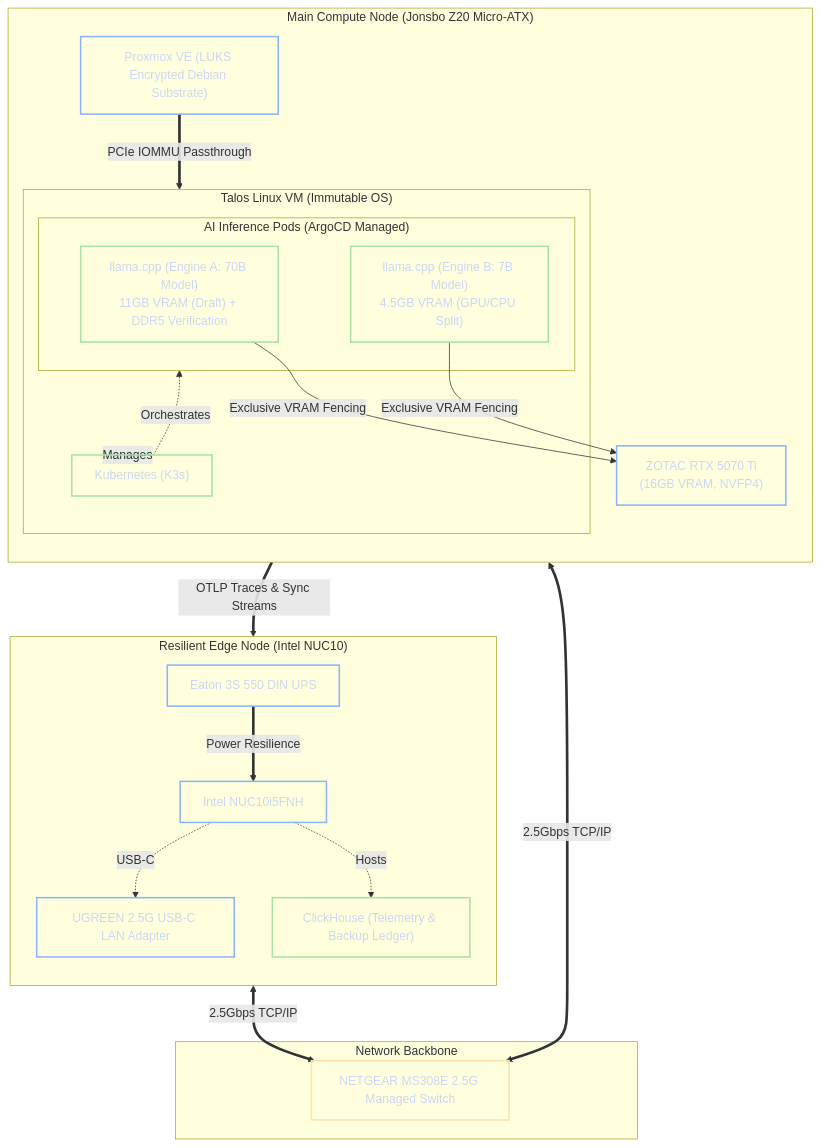
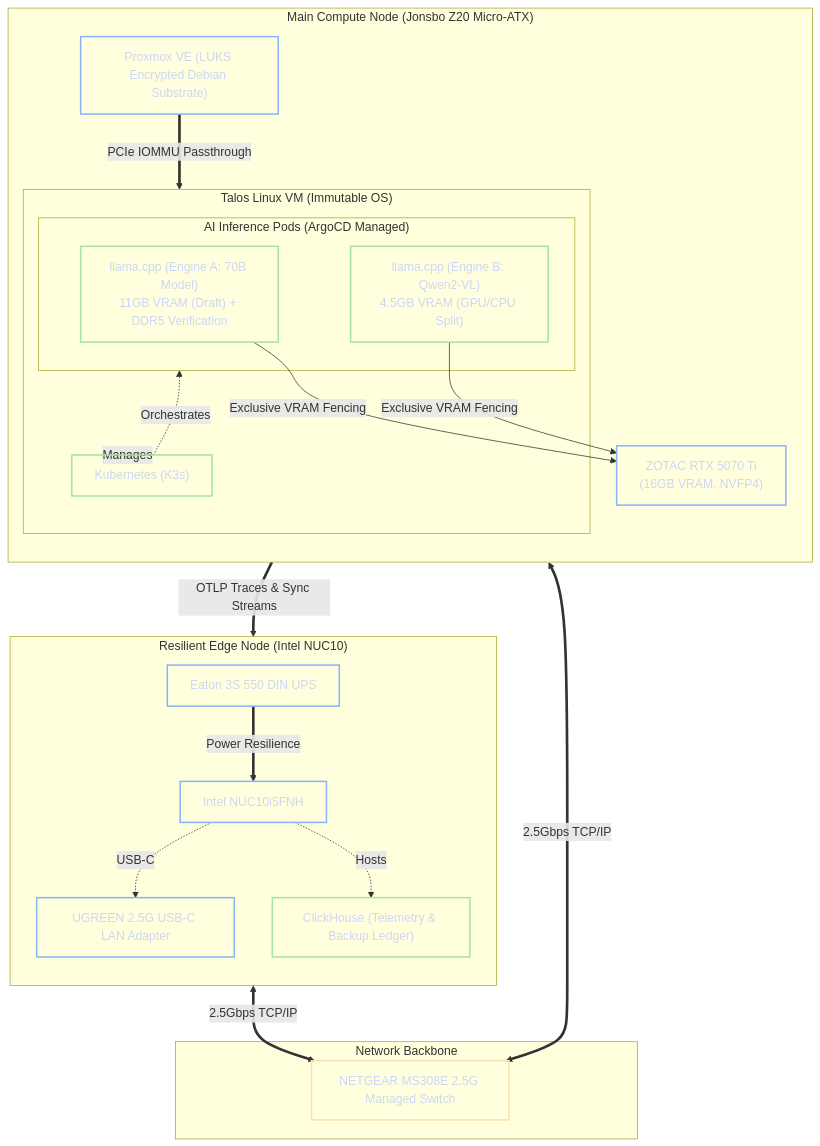
The diagram in docs/00. Architecture Overview & Constraints Strategy.md (foersben/janus-synapse-edge), drawn with Mermaid before and after one commit. The commit also changed other lines of this file and 16 other files, not shown here.

First line of the commit message:
docs: resolve core architectural contradictions and upgrade validation rules

````diff
--- a/docs/00. Architecture Overview & Constraints Strategy.md
+++ b/docs/00. Architecture Overview & Constraints Strategy.md
@@ -95,54 +95,54 @@
 ```mermaid
 flowchart TD
     %% Styling Definitions
     classDef hardware fill:transparent,stroke:#89b4fa,stroke-width:2px,color:#cdd6f4
     classDef software fill:transparent,stroke:#a6e3a1,stroke-width:2px,color:#cdd6f4
     classDef network fill:transparent,stroke:#f9e2af,stroke-width:2px,color:#cdd6f4
 
     subgraph MainCompute["Main Compute Node (Jonsbo Z20 Micro-ATX)"]
         direction TB
         Proxmox["Proxmox VE (LUKS Encrypted Debian Substrate)"]:::hardware
 
         subgraph TalosVM["Talos Linux VM (Immutable OS)"]
             K3s["Kubernetes (K3s)"]:::software
 
             subgraph AI_Pods["AI Inference Pods (ArgoCD Managed)"]
                 llama_cpp["llama.cpp (Engine A: 70B Model)<br/>11GB VRAM (Draft) + DDR5 Verification"]:::software
-                EngineB["llama.cpp (Engine B: 7B Model)<br/>4.5GB VRAM (GPU/CPU Split)"]:::software
+                EngineB["llama.cpp (Engine B: Qwen2-VL)<br/>4.5GB VRAM (GPU/CPU Split)"]:::software
             end
         end
 
         GPU["ZOTAC RTX 5070 Ti<br/>(16GB VRAM, NVFP4)"]:::hardware
 
         %% Connections inside Main Compute
         Proxmox == "PCIe IOMMU Passthrough" ==> TalosVM
         TalosVM -. "Manages" .-> K3s
         K3s -. "Orchestrates" .-> AI_Pods
         llama_cpp -- "Exclusive VRAM Fencing" --> GPU
         EngineB -- "Exclusive VRAM Fencing" --> GPU
     end
 
     subgraph Network["Network Backbone"]
         Switch["NETGEAR MS308E 2.5G Managed Switch"]:::network
     end
 
     subgraph EdgeNode["Resilient Edge Node (Intel NUC10)"]
         direction TB
         EatonUPS["Eaton 3S 550 DIN UPS"]:::hardware
         NUC["Intel NUC10i5FNH"]:::hardware
         Adapter["UGREEN 2.5G USB-C LAN Adapter"]:::hardware
         ClickHouse["ClickHouse (Telemetry & Backup Ledger)"]:::software
 
         %% Connections inside Edge Node
         EatonUPS == "Power Resilience" ==> NUC
         NUC -. "USB-C" .-> Adapter
         NUC -. "Hosts" .-> ClickHouse
     end
 
     %% External Connections
     MainCompute <== "2.5Gbps TCP/IP" ==> Switch
     Adapter <== "2.5Gbps TCP/IP" ==> Switch
 
     %% Logical Interactions
     AI_Pods == "OTLP Traces & Sync Streams" ==> ClickHouse
 ```
````
